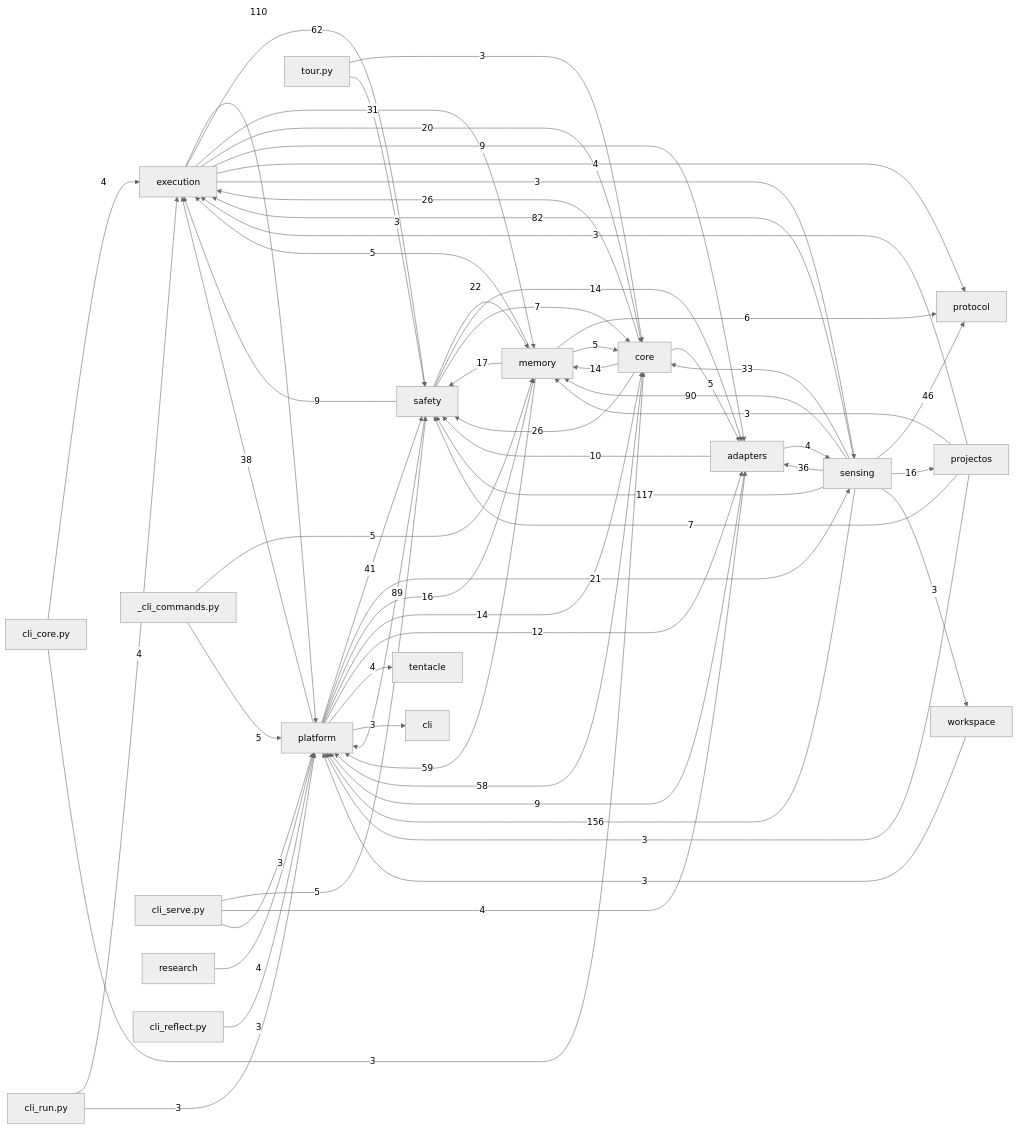
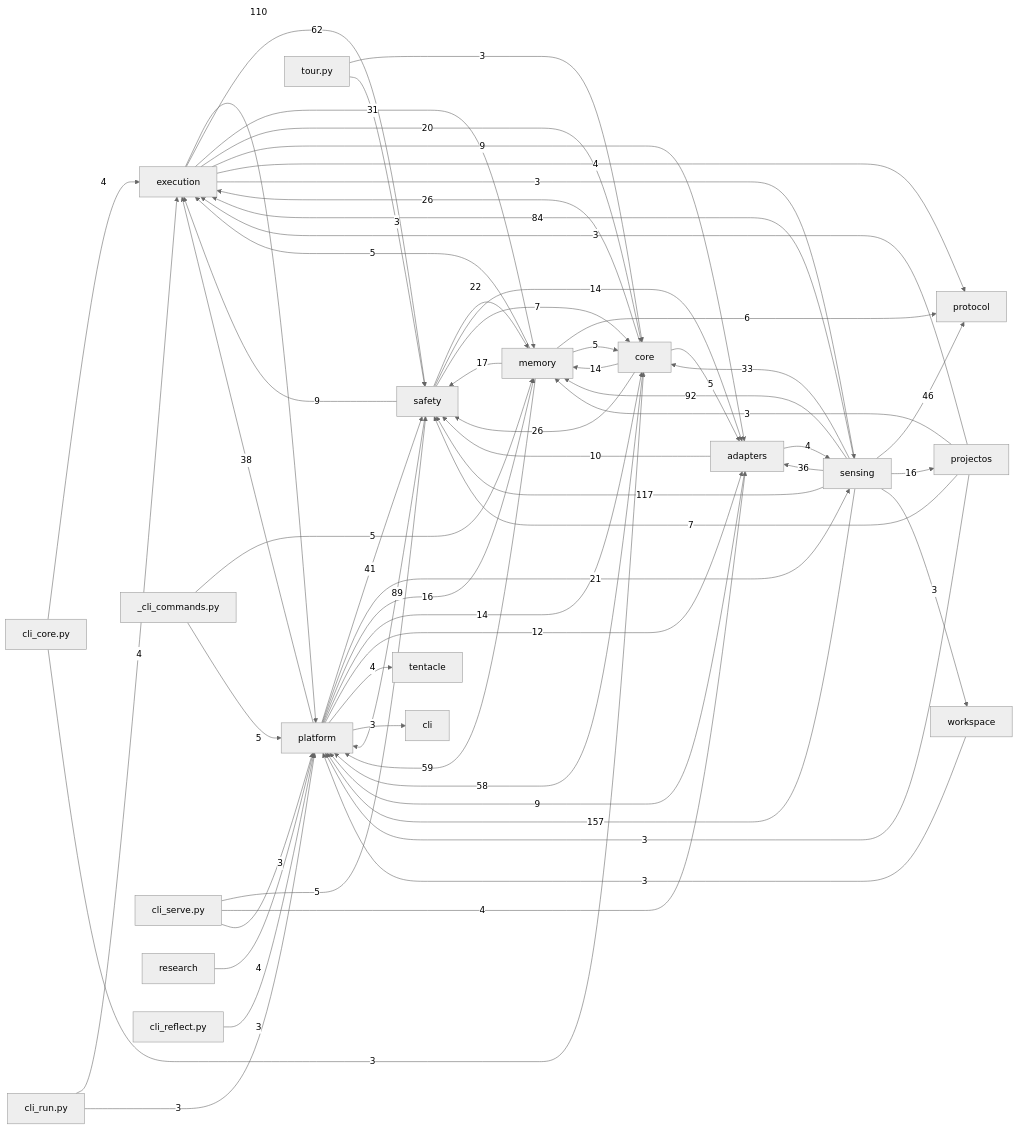
The diagram in docs/auto/20-backend/index.md (dengdenghua/octopus-agent), drawn with Mermaid (neutral theme) before and after one commit. The commit also changed 28 other files, not shown here.

````diff
--- a/docs/auto/20-backend/index.md
+++ b/docs/auto/20-backend/index.md
@@ -26,70 +26,70 @@
 ```mermaid
 graph LR
   execution[execution]
   core[core]
   safety[safety]
   memory[memory]
   sensing[sensing]
   adapters[adapters]
   platform[platform]
-  sensing -- 156 --> platform
+  sensing -- 157 --> platform
   sensing -- 117 --> safety
   execution -- 110 --> platform
-  sensing -- 90 --> memory
+  sensing -- 92 --> memory
   safety -- 89 --> platform
-  sensing -- 82 --> execution
+  sensing -- 84 --> execution
   execution -- 62 --> safety
   memory -- 59 --> platform
   core -- 58 --> platform
   sensing -- 46 --> protocol
   platform -- 41 --> safety
   platform -- 38 --> execution
   sensing -- 36 --> adapters
   sensing -- 33 --> core
   execution -- 31 --> memory
   core -- 26 --> execution
   core -- 26 --> safety
   safety -- 22 --> memory
   platform -- 21 --> sensing
   execution -- 20 --> core
   memory -- 17 --> safety
   platform -- 16 --> memory
   sensing -- 16 --> projectos
   core -- 14 --> memory
   platform -- 14 --> core
   safety -- 14 --> adapters
   platform -- 12 --> adapters
   adapters -- 10 --> safety
   adapters -- 9 --> platform
   execution -- 9 --> adapters
   safety -- 9 --> execution
   projectos -- 7 --> safety
   safety -- 7 --> core
   memory -- 6 --> protocol
   _cli_commands.py -- 5 --> memory
   _cli_commands.py -- 5 --> platform
   cli_serve.py -- 5 --> safety
   core -- 5 --> adapters
   memory -- 5 --> core
   memory -- 5 --> execution
   adapters -- 4 --> sensing
   cli_core.py -- 4 --> execution
   cli_run.py -- 4 --> execution
   cli_serve.py -- 4 --> adapters
   execution -- 4 --> protocol
   platform -- 4 --> tentacle
   research -- 4 --> platform
   cli_core.py -- 3 --> core
   cli_reflect.py -- 3 --> platform
   cli_run.py -- 3 --> platform
   cli_serve.py -- 3 --> platform
   execution -- 3 --> sensing
   platform -- 3 --> cli
   projectos -- 3 --> execution
   projectos -- 3 --> memory
   projectos -- 3 --> platform
   sensing -- 3 --> workspace
   tour.py -- 3 --> core
   tour.py -- 3 --> safety
   workspace -- 3 --> platform
 ```
````
